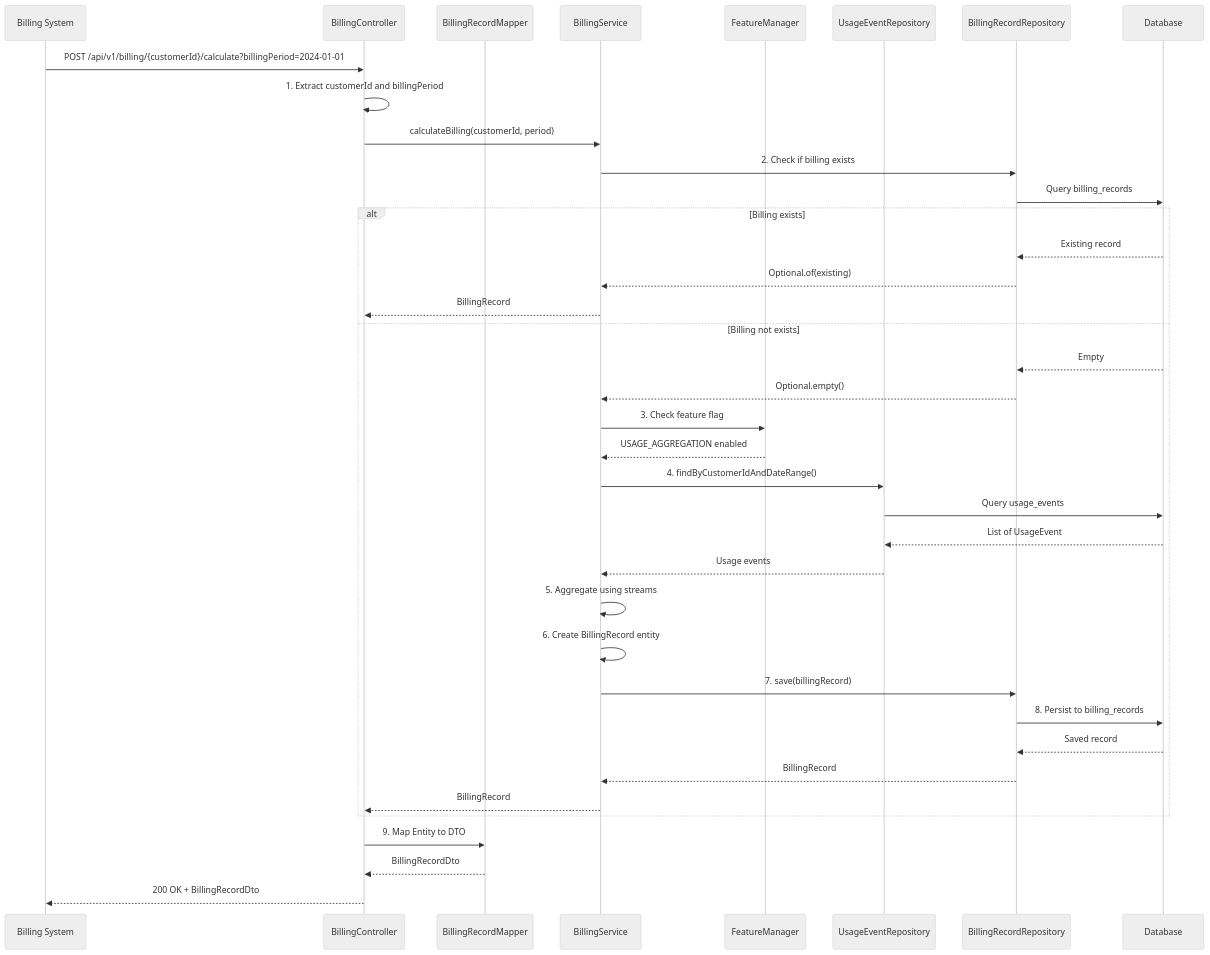
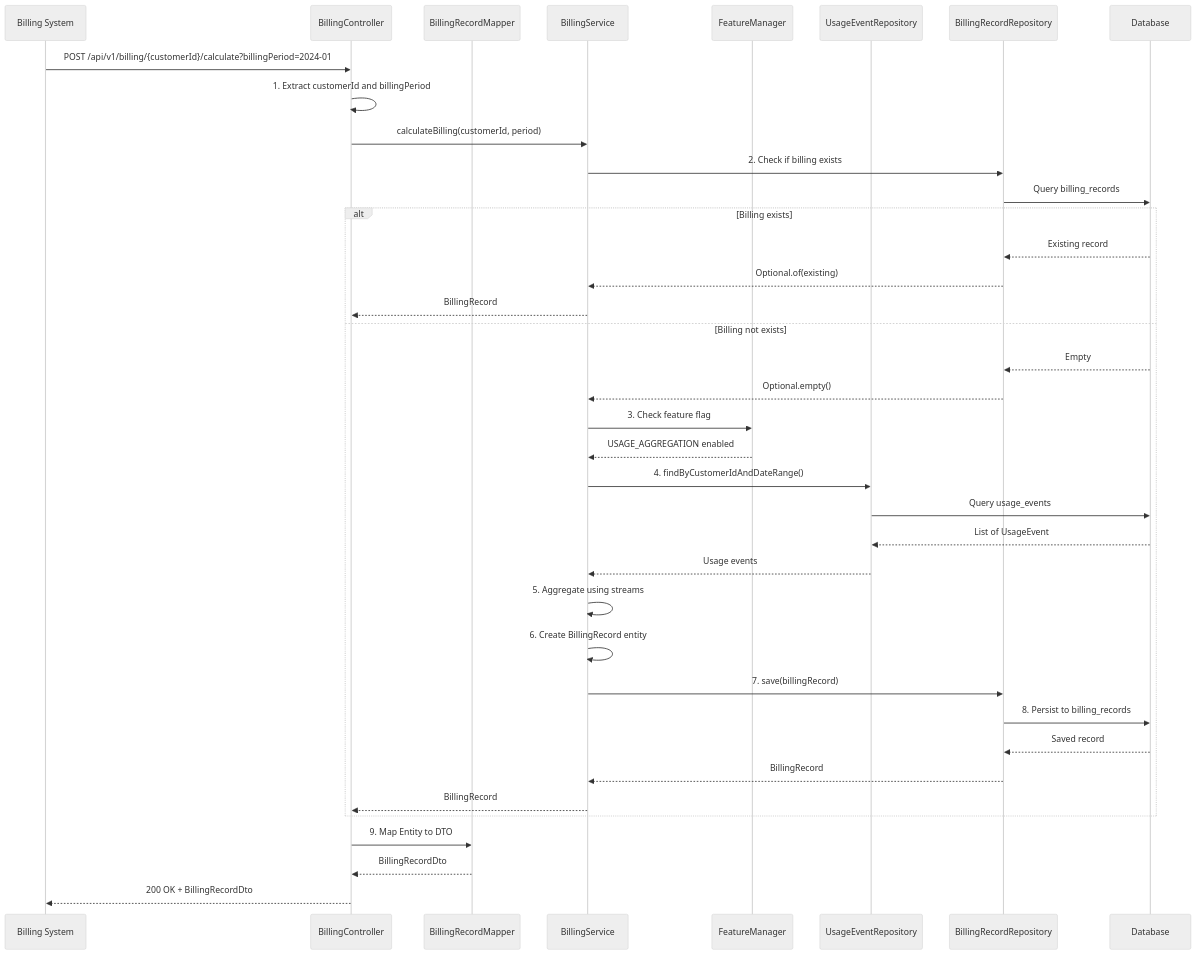
The third of 6 diagrams in docs/ARCHITECTURE.md (maximilianuhlmann/microservice-showcase), drawn with Mermaid (neutral theme) before and after one commit. The commit also changed other lines of this file and 18 other files, not shown here.

````diff
--- a/docs/ARCHITECTURE.md
+++ b/docs/ARCHITECTURE.md
@@ -75,41 +77,41 @@
 ```mermaid
 sequenceDiagram
     participant BS as Billing System
     participant BC as BillingController
     participant BRM as BillingRecordMapper
     participant BillingS as BillingService
     participant FM as FeatureManager
     participant UER as UsageEventRepository
     participant BRR as BillingRecordRepository
     participant DB as Database
     
-    BS->>BC: POST /api/v1/billing/{customerId}/calculate?billingPeriod=2024-01-01
+    BS->>BC: POST /api/v1/billing/{customerId}/calculate?billingPeriod=2024-01
     BC->>BC: 1. Extract customerId and billingPeriod
     BC->>BillingS: calculateBilling(customerId, period)
     BillingS->>BRR: 2. Check if billing exists
     BRR->>DB: Query billing_records
     alt Billing exists
         DB-->>BRR: Existing record
         BRR-->>BillingS: Optional.of(existing)
         BillingS-->>BC: BillingRecord
     else Billing not exists
         DB-->>BRR: Empty
         BRR-->>BillingS: Optional.empty()
         BillingS->>FM: 3. Check feature flag
         FM-->>BillingS: USAGE_AGGREGATION enabled
         BillingS->>UER: 4. findByCustomerIdAndDateRange()
         UER->>DB: Query usage_events
         DB-->>UER: List of UsageEvent
         UER-->>BillingS: Usage events
         BillingS->>BillingS: 5. Aggregate using streams
         BillingS->>BillingS: 6. Create BillingRecord entity
         BillingS->>BRR: 7. save(billingRecord)
         BRR->>DB: 8. Persist to billing_records
         DB-->>BRR: Saved record
         BRR-->>BillingS: BillingRecord
         BillingS-->>BC: BillingRecord
     end
     BC->>BRM: 9. Map Entity to DTO
     BRM-->>BC: BillingRecordDto
     BC-->>BS: 200 OK + BillingRecordDto
 ```
````
